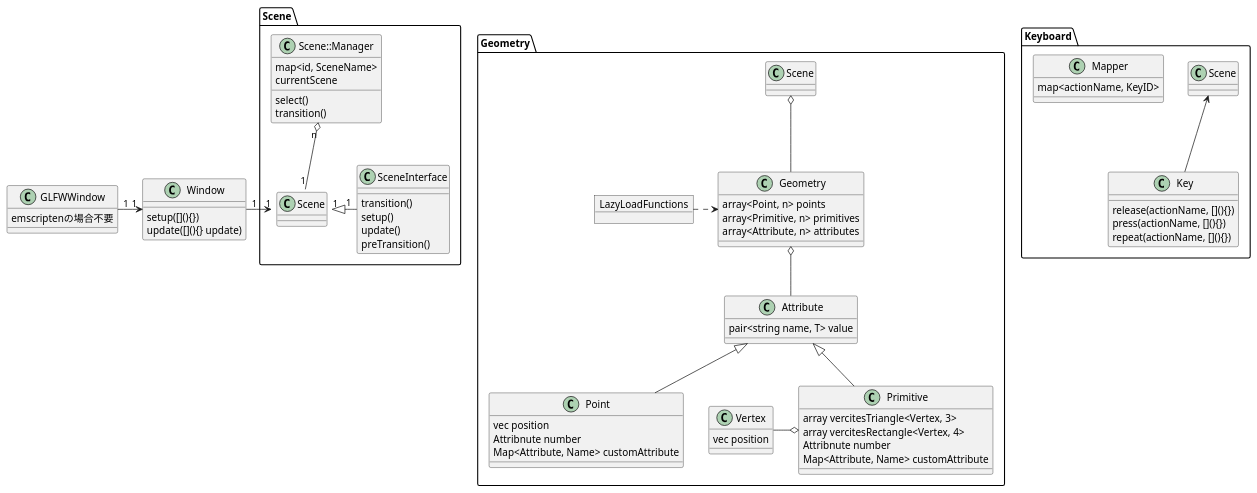
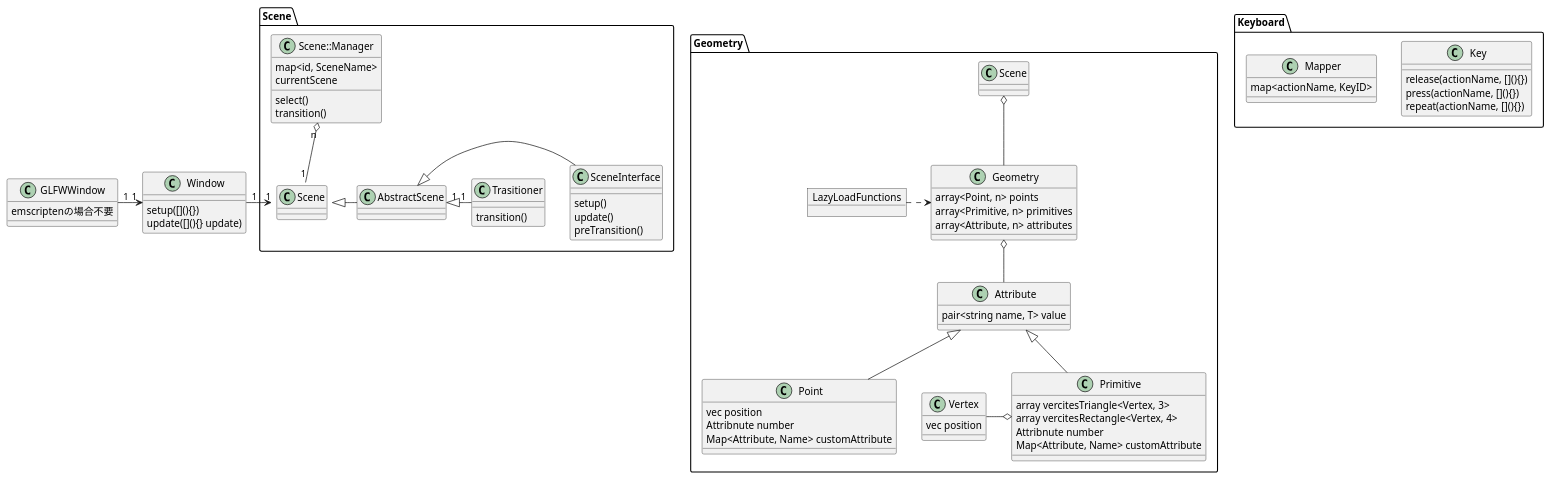
One commit to thu0x31/Learn_OpenGL_and_Managers changed the diagram in UML/classs.pu. Above: the diagram before and after it, drawn with PlantUML.

Commit message:
update UML

```diff
--- a/UML/classs.pu
+++ b/UML/classs.pu
@@ -1,94 +1,98 @@
 @startuml thux
 ' eventは各自のオブジェクトが持ちたい
 
 class GLFWWindow {
     emscriptenの場合不要
 }
 GLFWWindow "1" -> "1" Window
 
 class Window {
     setup([](){})
     update([](){} update)
 }
 ' Window --> Scene
 ' Window --> Geometry
 
 package Scene {
     Window "1" -> "1" Scene::Manager
     
     class Scene::Manager {
         map<id, SceneName>
         currentScene
         select()
         transition()
     }
     Scene::Manager "n" o-- "1" Scene
 
-    class Scene {
+    Scene <|- AbstractScene
+    class AbstractScene {
     }
 
-    Scene "1" <|- "1" SceneInterface
+    AbstractScene  <|- SceneInterface
     class SceneInterface {
-        transition()
         setup()
         update()
         preTransition()
+    }
+
+    AbstractScene "1" <|- "1" Trasitioner
+    class Trasitioner {
+        transition()
     }
 }
 
 package Keyboard {
     ' 1 : n ? key('e')
     ' 1 : 1 key().press('e')
-    Scene <-- Key 
     class Key {
         release(actionName, [](){})
         press(actionName, [](){})
         repeat(actionName, [](){})
     }
 
     class Mapper {
         map<actionName, KeyID>
     }
 }
 
 package Geometry {
     class Geometry {
         array<Point, n> points
         array<Primitive, n> primitives
         array<Attribute, n> attributes
     }
     Scene o-- Geometry
 
     Geometry o-- Attribute
 
     object LazyLoadFunctions {
 
     }
     LazyLoadFunctions .> Geometry
 
     class Attribute {
         pair<string name, T> value
     }
 
     class Point {
         vec position
         Attribnute number
         Map<Attribute, Name> customAttribute
     }
     Attribute <|-- Point
 
     class Primitive {
         array vercitesTriangle<Vertex, 3>
         array vercitesRectangle<Vertex, 4>
         Attribnute number
         Map<Attribute, Name> customAttribute
     }
     Attribute <|-- Primitive
 
     class Vertex {
         vec position
     }
     Vertex -o Primitive
     ' Vertex <|- Attribute
 }
 @enduml
```
